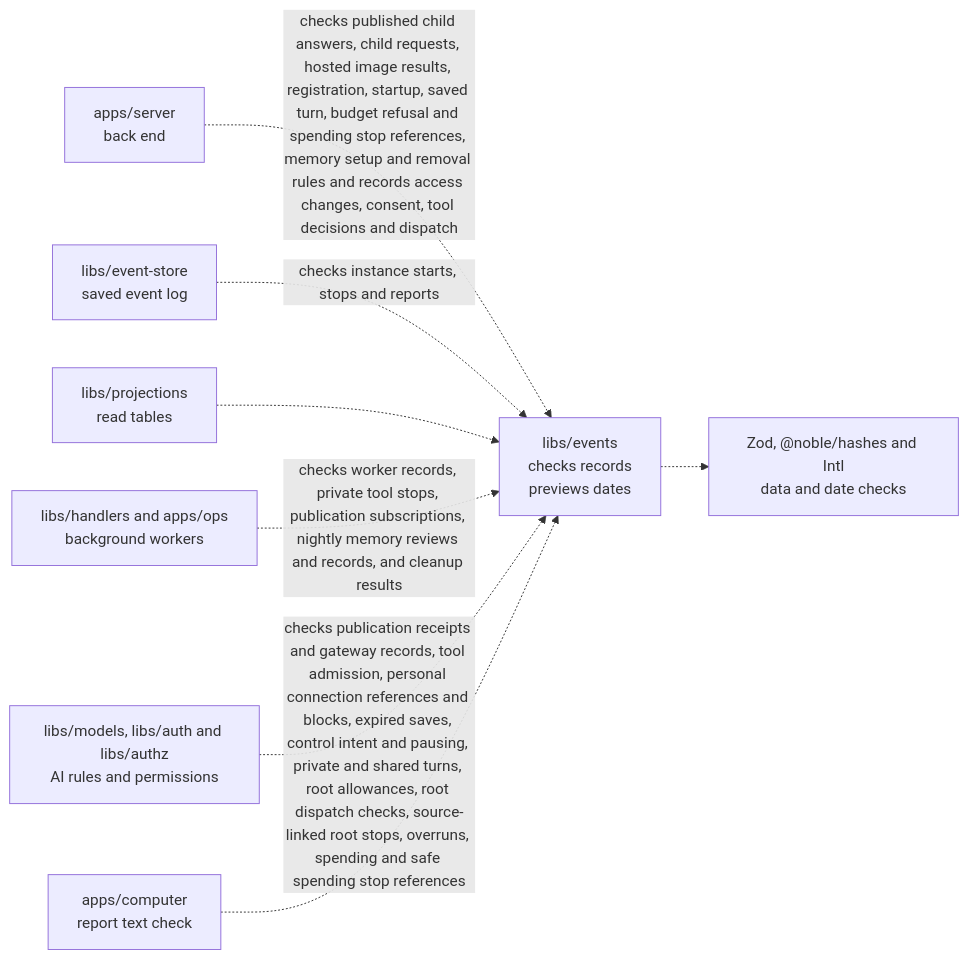
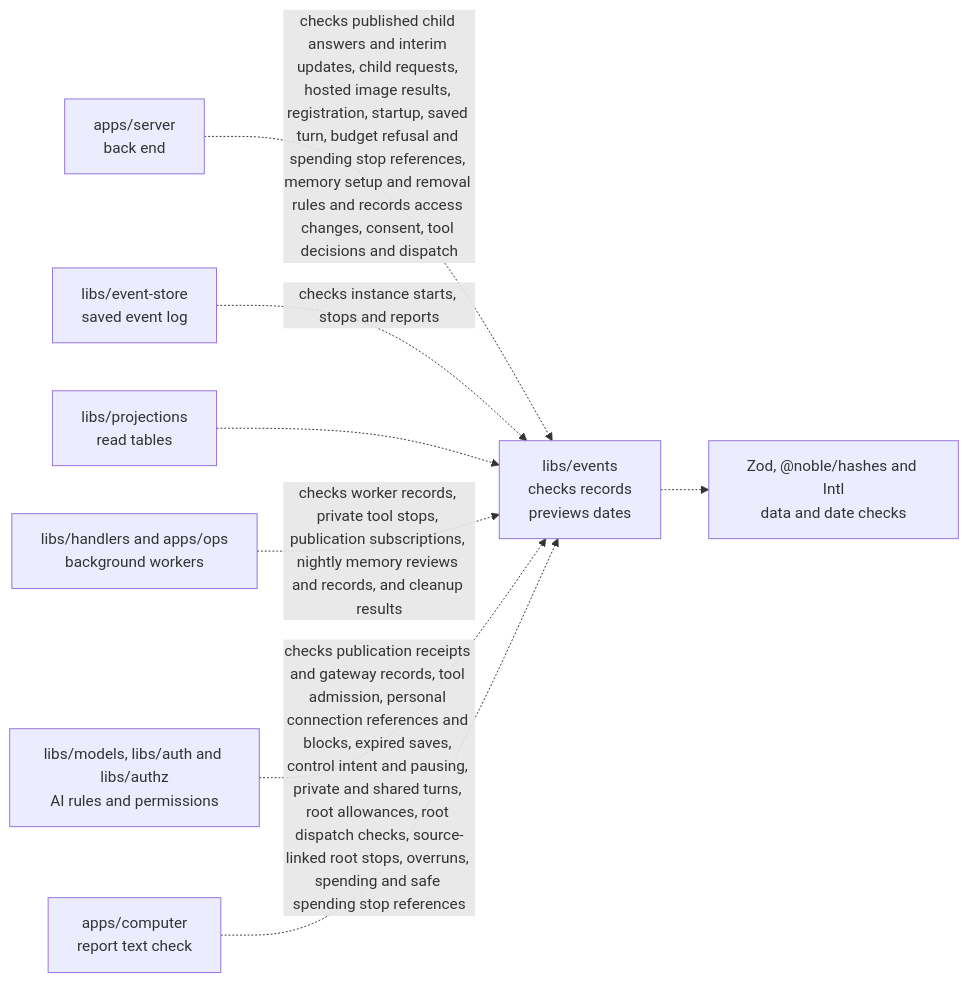
The diagram in libs/events/README.md (elewa-git/opencrane-new), drawn with Mermaid before and after one commit. The commit also changed other lines of this file and 12 other files, not shown here.

Commit message:
💬 Publish reviewed interim child text to its immediate parent

````diff
--- a/libs/events/README.md
+++ b/libs/events/README.md
@@ -27,10 +27,10 @@
 ```mermaid
 flowchart LR
-  server["apps/server<br/>back end"] -.->|checks published child answers, child requests, hosted image results, registration, startup, saved turn, budget refusal and spending stop references, memory setup and removal rules and records access changes, consent, tool decisions and dispatch| events["libs/events<br/>checks records<br/>previews dates"]
+  server["apps/server<br/>back end"] -.->|checks published child answers and interim updates, child requests, hosted image results, registration, startup, saved turn, budget refusal and spending stop references, memory setup and removal rules and records access changes, consent, tool decisions and dispatch| events["libs/events<br/>checks records<br/>previews dates"]
   store["libs/event-store<br/>saved event log"] -.->|checks instance starts, stops and reports| events
   projections["libs/projections<br/>read tables"] -.-> events
   workers["libs/handlers and apps/ops<br/>background workers"] -.->|checks worker records, private tool stops, publication subscriptions, nightly memory reviews and records, and cleanup results| events
   others["libs/models, libs/auth and libs/authz<br/>AI rules and permissions"] -.->|checks publication receipts and gateway records, tool admission, personal connection references and blocks, expired saves, control intent and pausing, private and shared turns, root allowances, root dispatch checks, source-linked root stops, overruns, spending and safe spending stop references| events
   computer["apps/computer<br/>report text check"] -.-> events
   events -.-> checks["Zod, @noble/hashes and Intl<br/>data and date checks"]
 ```
````
